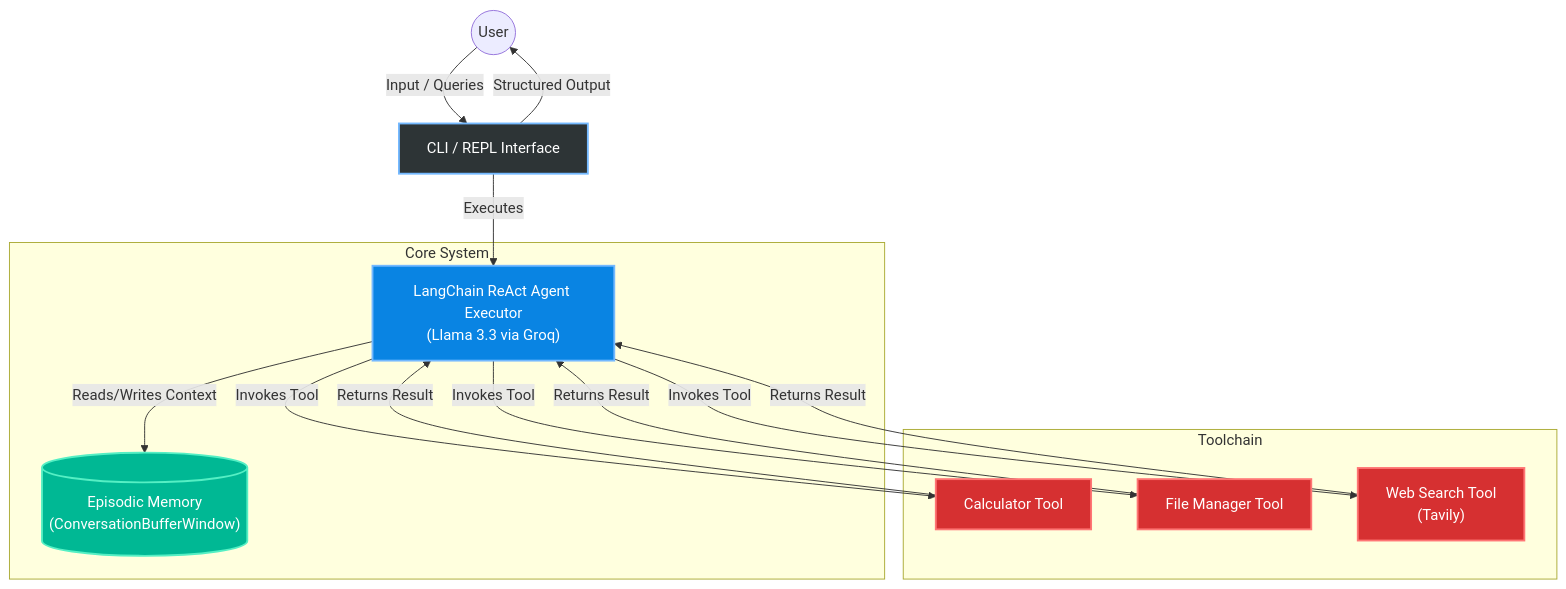
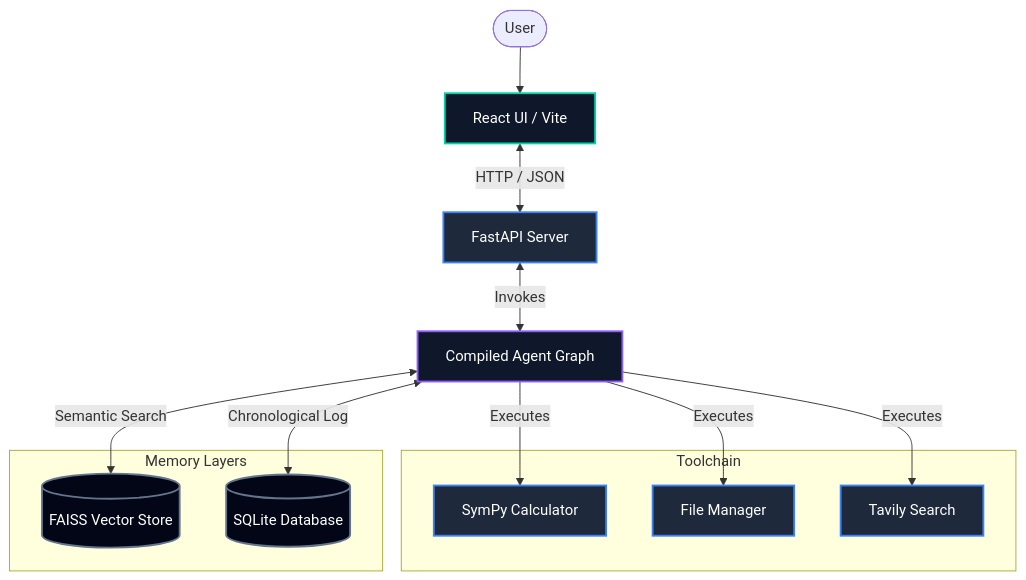
Before and after one commit to Rodina404/Autonomous-AI-Agent: the diagram in README.md, drawn with Mermaid. The commit also changed other lines of this file and 23 other files, not shown here.

````diff
--- a/README.md
+++ b/README.md
@@ -83,37 +33,29 @@
 ```mermaid
 graph TD
-    %% Define Styles
-    classDef userInterface fill:#2d3436,stroke:#74b9ff,stroke-width:2px,color:#fff
-    classDef agentEngine fill:#0984e3,stroke:#74b9ff,stroke-width:2px,color:#fff
-    classDef memoryStore fill:#00b894,stroke:#55efc4,stroke-width:2px,color:#fff
-    classDef tools fill:#d63031,stroke:#ff7675,stroke-width:2px,color:#fff
+    classDef ui fill:#0f172a,stroke:#00d4aa,stroke-width:2px,color:#fff;
+    classDef api fill:#1e293b,stroke:#3b82f6,stroke-width:2px,color:#fff;
+    classDef engine fill:#0f172a,stroke:#8b5cf6,stroke-width:2px,color:#fff;
+    classDef storage fill:#020617,stroke:#64748b,stroke-width:2px,color:#fff;
 
-    %% Nodes
-    User(("User"))
-    CLI["CLI / REPL Interface"]:::userInterface
+    User([User]) --> UI[React UI / Vite]:::ui
+    UI <--> |HTTP / JSON| API[FastAPI Server]:::api
+    API <--> |Invokes| Graph[Compiled Agent Graph]:::engine
     
-    subgraph Core System
-        Agent["LangChain ReAct Agent Executor<br/>(Llama 3.3 via Groq)"]:::agentEngine
-        Memory[("Episodic Memory<br/>(ConversationBufferWindow)")]:::memoryStore
+    subgraph Toolchain
+        Calc[SymPy Calculator]:::api
+        Files[File Manager]:::api
+        Web[Tavily Search]:::api
     end
     
-    subgraph Toolchain
-        Calc["Calculator Tool"]:::tools
-        File["File Manager Tool"]:::tools
-        Web["Web Search Tool<br/>(Tavily)"]:::tools
+    Graph --> |Executes| Calc
+    Graph --> |Executes| Files
+    Graph --> |Executes| Web
+    
+    subgraph Memory Layers
+        FAISS[(FAISS Vector Store)]:::storage
+        SQLite[(SQLite Database)]:::storage
     end
-
-    %% Connections
-    User -- "Input / Queries" --> CLI
-    CLI -- "Structured Output" --> User
-    CLI -- "Executes" --> Agent
     
-    Agent -- "Reads/Writes Context" --> Memory
-    Agent -- "Invokes Tool" --> Calc
-    Agent -- "Invokes Tool" --> File
-    Agent -- "Invokes Tool" --> Web
-    
-    Calc -- "Returns Result" --> Agent
-    File -- "Returns Result" --> Agent
-    Web -- "Returns Result" --> Agent
+    Graph <--> |Semantic Search| FAISS
+    Graph <--> |Chronological Log| SQLite
 ```
````
